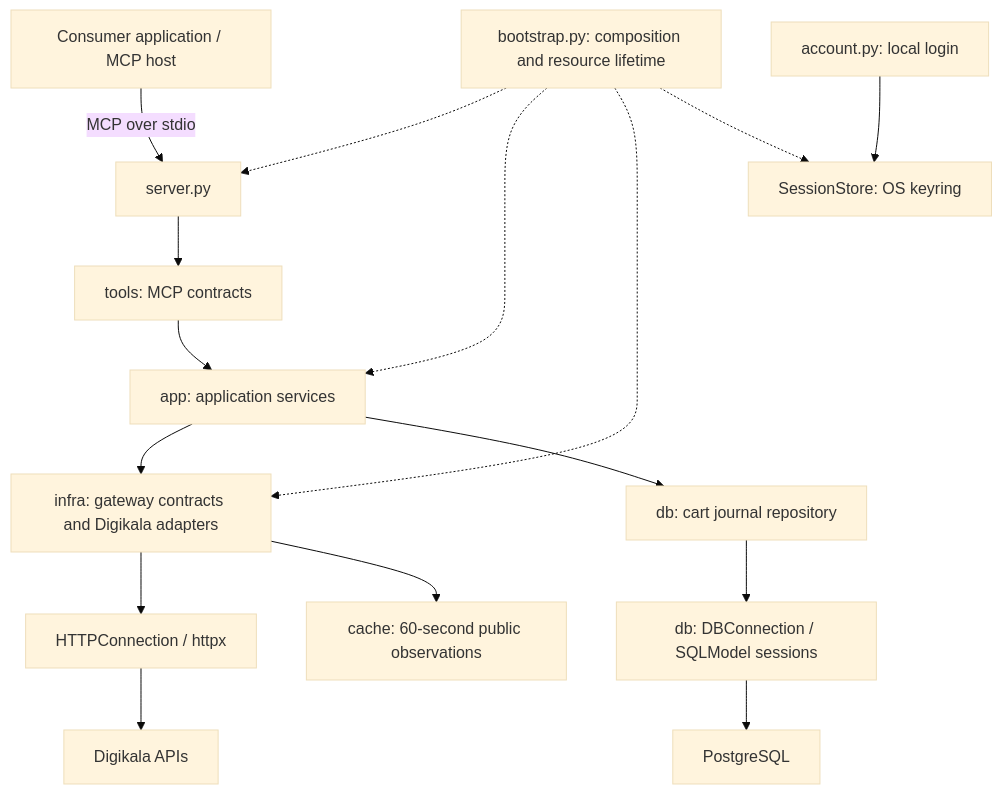
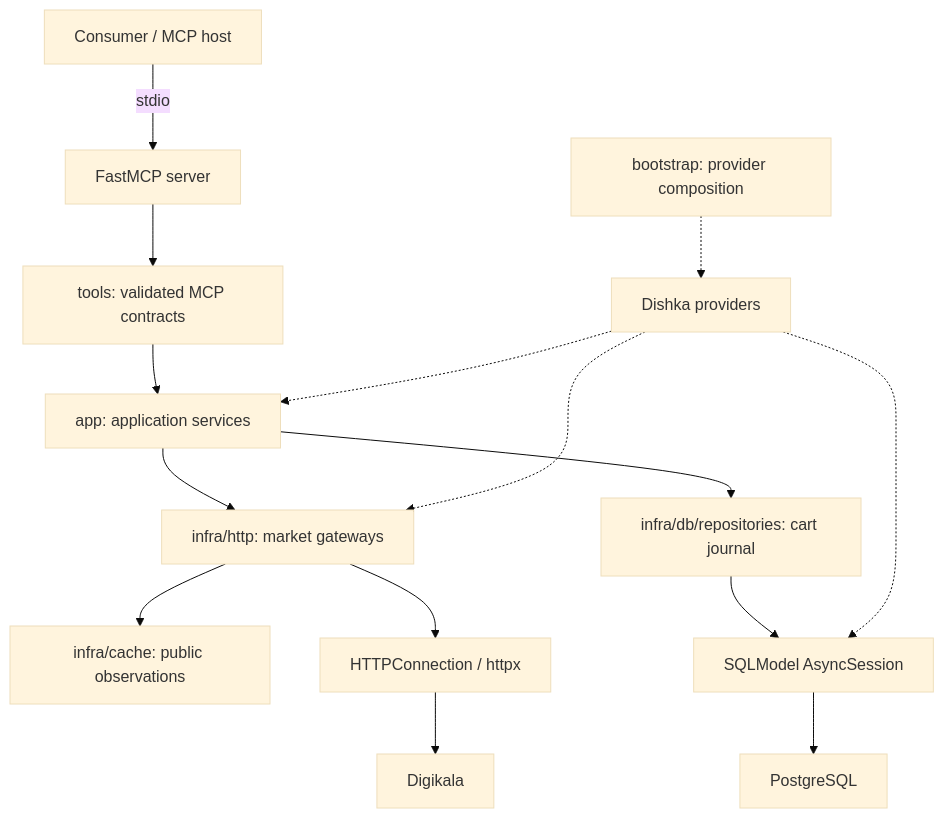
Before and after one commit to stupidprogrammer4/digikala-mcp: the diagram in README.md, drawn with Mermaid (base theme). The commit also changed other lines of this file, not shown here.

Commit message:
docs: document architecture and all MCP tools with captured responses

````diff
--- a/README.md
+++ b/README.md
@@ -45,18 +9,17 @@
 ```mermaid
 flowchart TD
-    Host[Consumer application / MCP host] -->|MCP over stdio| Server[server.py]
-    Server --> Tools[tools: MCP contracts]
+    Host[Consumer / MCP host] -->|stdio| Server[FastMCP server]
+    Server --> Tools[tools: validated MCP contracts]
     Tools --> App[app: application services]
-    App --> Gateways[infra: gateway contracts and Digikala adapters]
+    App --> Gateways[infra/http: market gateways]
+    Gateways --> Cache[infra/cache: public observations]
     Gateways --> HTTP[HTTPConnection / httpx]
-    HTTP --> Digikala[Digikala APIs]
-    App --> Repository[db: cart journal repository]
-    Repository --> Connection[db: DBConnection / SQLModel sessions]
-    Connection --> PostgreSQL[PostgreSQL]
-    Gateways --> Cache[cache: 60-second public observations]
-    Bootstrap[bootstrap.py: composition and resource lifetime] -.-> Server
-    Bootstrap -.-> App
-    Bootstrap -.-> Gateways
-    Bootstrap -.-> Sessions[SessionStore: OS keyring]
-    Account[account.py: local login] --> Sessions
+    HTTP --> Digikala[Digikala]
+    App --> Repository[infra/db/repositories: cart journal]
+    Repository --> Session[SQLModel AsyncSession]
+    Session --> PostgreSQL[PostgreSQL]
+    Bootstrap[bootstrap: provider composition] -.-> Providers[Dishka providers]
+    Providers -.-> App
+    Providers -.-> Gateways
+    Providers -.-> Session
 ```
````
